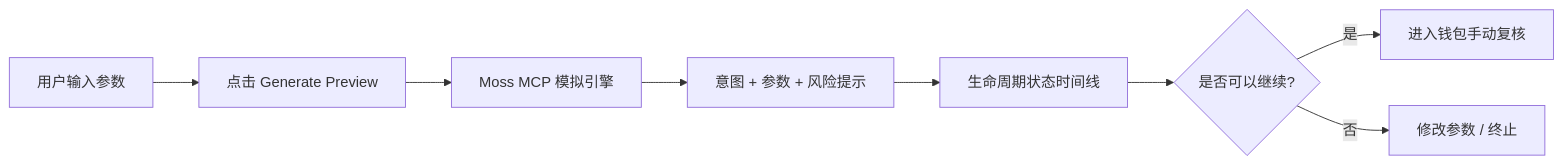
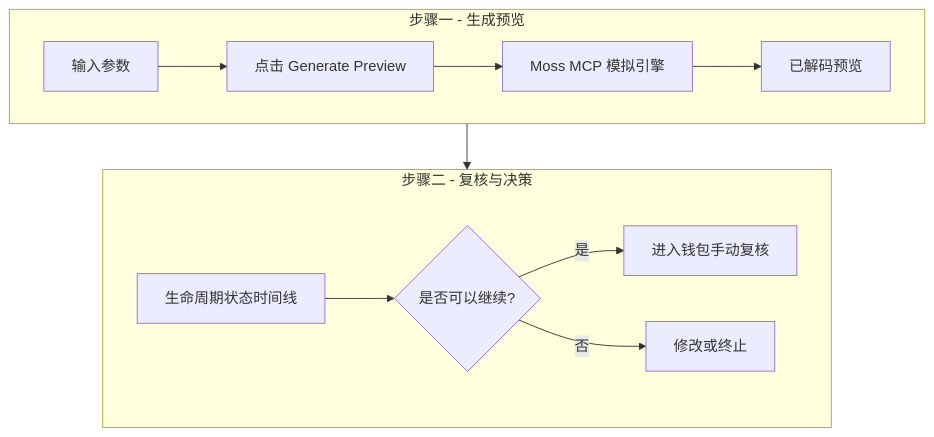
Before and after one commit to sunshineluyao/Moss-Mcp-Transaction: the fifth of 8 diagrams in README.md, drawn with Mermaid. The commit also changed other lines of this file, not shown here.

Commit message:
docs: redesign mermaid diagrams for cleaner compact layout

````diff
--- a/README.md
+++ b/README.md
@@ -355,10 +387,18 @@
 ```mermaid
-flowchart LR
-  A[用户输入参数] --> B[点击 Generate Preview]
-  B --> C[Moss MCP 模拟引擎]
-  C --> D[意图 + 参数 + 风险提示]
-  D --> E[生命周期状态时间线]
-  E --> F{是否可以继续?}
-  F -->|是| G[进入钱包手动复核]
-  F -->|否| H[修改参数 / 终止]
+flowchart TB
+  subgraph R1[步骤一 - 生成预览]
+    direction LR
+    A[输入参数] --> B[点击 Generate Preview]
+    B --> C[Moss MCP 模拟引擎]
+    C --> D[已解码预览]
+  end
+
+  subgraph R2[步骤二 - 复核与决策]
+    direction LR
+    E[生命周期状态时间线] --> F{是否可以继续?}
+    F -->|是| G[进入钱包手动复核]
+    F -->|否| H[修改或终止]
+  end
+
+  D --> E
 ```
````
